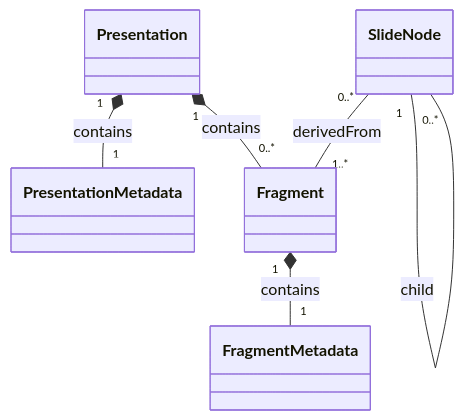
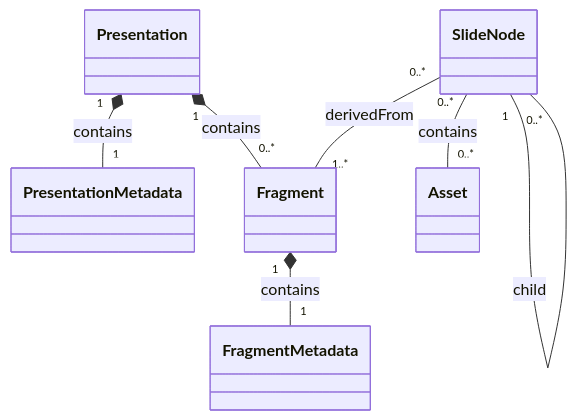
Before and after one commit to ajelinek/parse-a-slide: the diagram in _docs/10_Data_Model.md, drawn with Mermaid. The commit also changed other lines of this file and 3 other files, not shown here.

Commit message:
docs: consolidate API and architecture docs into comprehensive system design document

````diff
--- a/_docs/10_Data_Model.md
+++ b/_docs/10_Data_Model.md
@@ -104,17 +117,19 @@
 ```mermaid
 classDiagram
     Presentation "1" *-- "1" PresentationMetadata : contains
     Presentation "1" *-- "0..*" Fragment : contains
     Fragment "1" *-- "1" FragmentMetadata : contains
     SlideNode "0..*" -- "1..*" Fragment : derivedFrom
 
     SlideNode "1" -- "0..1" SlideNode : previous
     SlideNode "1" -- "0..1" SlideNode : next
     SlideNode "1" -- "0..*" SlideNode : child
+    SlideNode "0..*" -- "0..*" Asset : contains
 
     class Presentation
     class PresentationMetadata
     class Fragment
     class FragmentMetadata
     class SlideNode
+    class Asset
 ```
````
